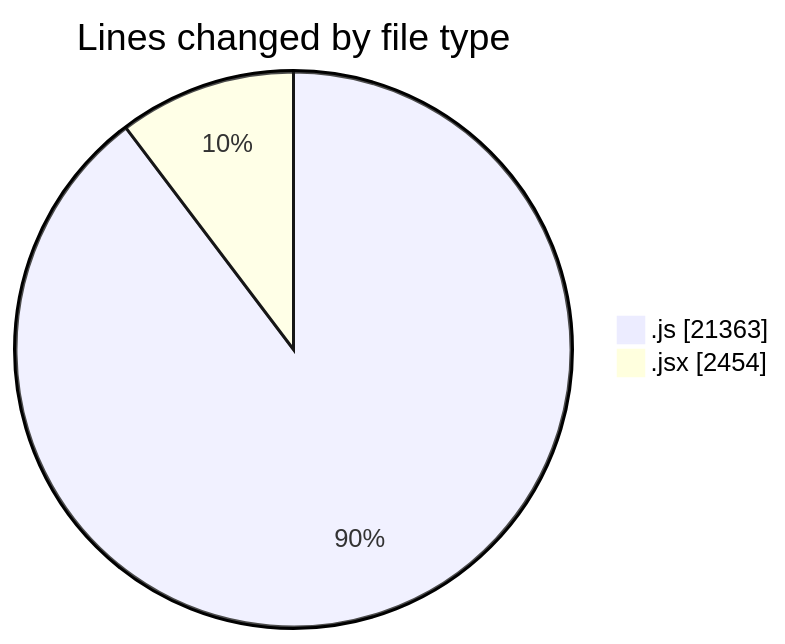
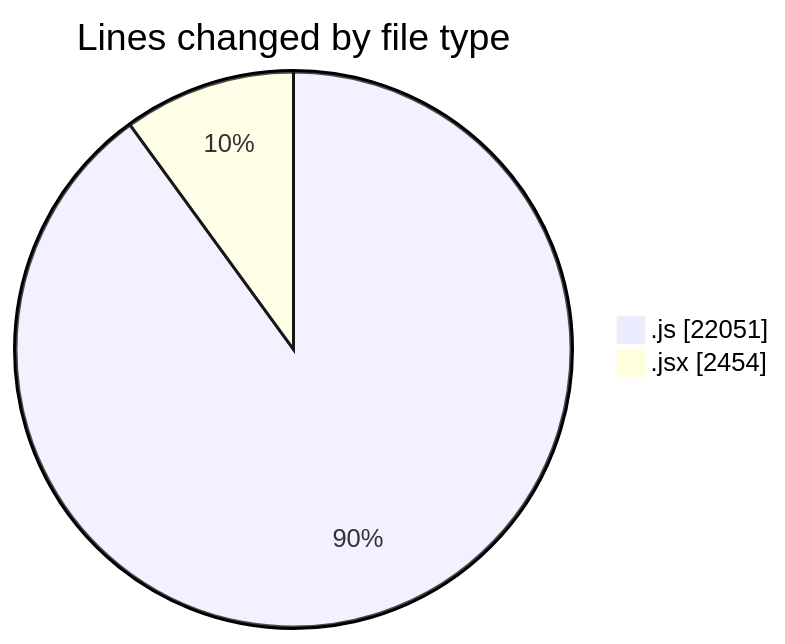
One commit to nxtqubesakshisongat/code-tracking changed the first of 2 diagrams in 2025-09-30/nxtqube_webapp/README.md. Above: the diagram before and after it, drawn with Mermaid. The commit also changed other lines of this file and 1 other file, not shown here.

````diff
--- a/2025-09-30/nxtqube_webapp/README.md
+++ b/2025-09-30/nxtqube_webapp/README.md
@@ -23,6 +23,6 @@
 ```mermaid
 pie showData
 title Lines changed by file type
-".js" : 21363
+".js" : 22051
 ".jsx" : 2454
 ```
````
